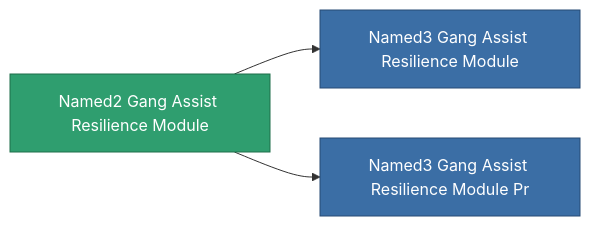
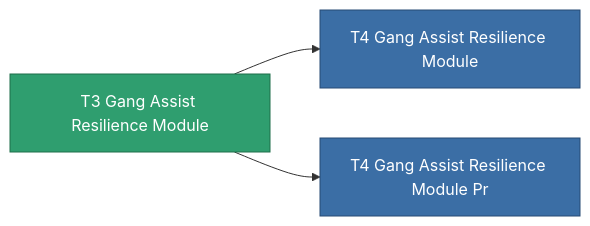
One commit to OpenPerpetuum/Wiki changed the diagram in content/content/items/named2_gang_assist_resilience_module.md. Above: the diagram before and after it, drawn with Mermaid. The commit also changed other lines of this file and 4904 other files, not shown here.

````diff
--- a/content/content/items/named2_gang_assist_resilience_module.md
+++ b/content/content/items/named2_gang_assist_resilience_module.md
@@ -63,13 +49,13 @@
 ```mermaid
 graph LR
-    a["Named2 Gang Assist Resilience Module"]:::current
-    b["Named3 Gang Assist Resilience Module"]:::prod
+    a["T3 Gang Assist Resilience Module"]:::current
+    b["T4 Gang Assist Resilience Module"]:::prod
     a --> b
-    click b "/content/items/named3-gang-assist-resilience-module/" "Named3 Gang Assist Resilience Module"
-    c["Named3 Gang Assist Resilience Module Pr"]:::prod
+    click b "/content/items/named3-gang-assist-resilience-module/" "T4 Gang Assist Resilience Module"
+    c["T4 Gang Assist Resilience Module Pr"]:::prod
     a --> c
-    click c "/content/items/named3-gang-assist-resilience-module-pr/" "Named3 Gang Assist Resilience Module Pr"
+    click c "/content/items/named3-gang-assist-resilience-module-pr/" "T4 Gang Assist Resilience Module Pr"
     classDef current fill:#2f9e6f,stroke:#1f6f4a,color:#ffffff
     classDef prod fill:#3b6ea5,stroke:#274a75,color:#ffffff
     classDef more fill:#39445a,stroke:#54658a,color:#d5dbe8
 ```
````
